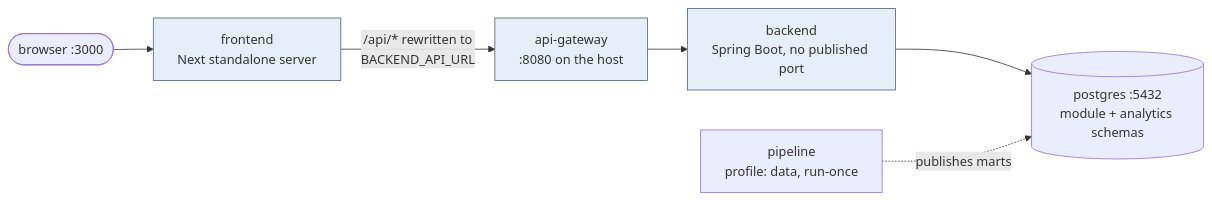
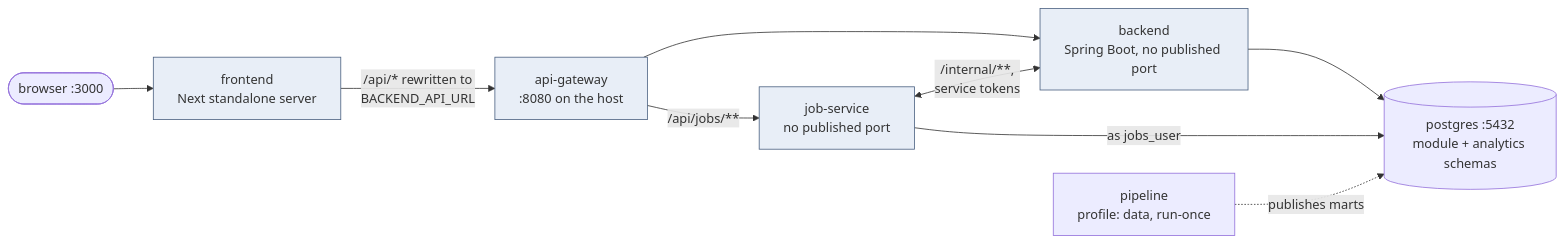
Before and after one commit to Yusuprozimemet/jobmatch-microservices: the diagram in backend/docs/configuration.md, drawn with Mermaid. The commit also changed other lines of this file and 17 other files, not shown here.

First line of the commit message:
Day 17 E2: JobServiceObservedIT; docs and Javadocs after the move

````diff
--- a/backend/docs/configuration.md
+++ b/backend/docs/configuration.md
@@ -49,11 +49,14 @@
 ```mermaid
 flowchart LR
     B(["browser :3000"]) --> FE["frontend<br/>Next standalone server"]
     FE -->|"/api/* rewritten to<br/>BACKEND_API_URL"| GW["api-gateway<br/>:8080 on the host"]
     GW --> BE["backend<br/>Spring Boot, no published port"]
+    GW -->|"/api/jobs/**"| JS["job-service<br/>no published port"]
+    JS <-->|"/internal/**,<br/>service tokens"| BE
     BE --> DB[("postgres :5432<br/>module + analytics schemas")]
+    JS -->|"as jobs_user"| DB
     PIPE["pipeline<br/>profile: data, run-once"] -.->|"publishes marts"| DB
 
     classDef s fill:#e8eef7,stroke:#4a6080
-    class FE,GW,BE s
+    class FE,GW,BE,JS s
 ```
````
